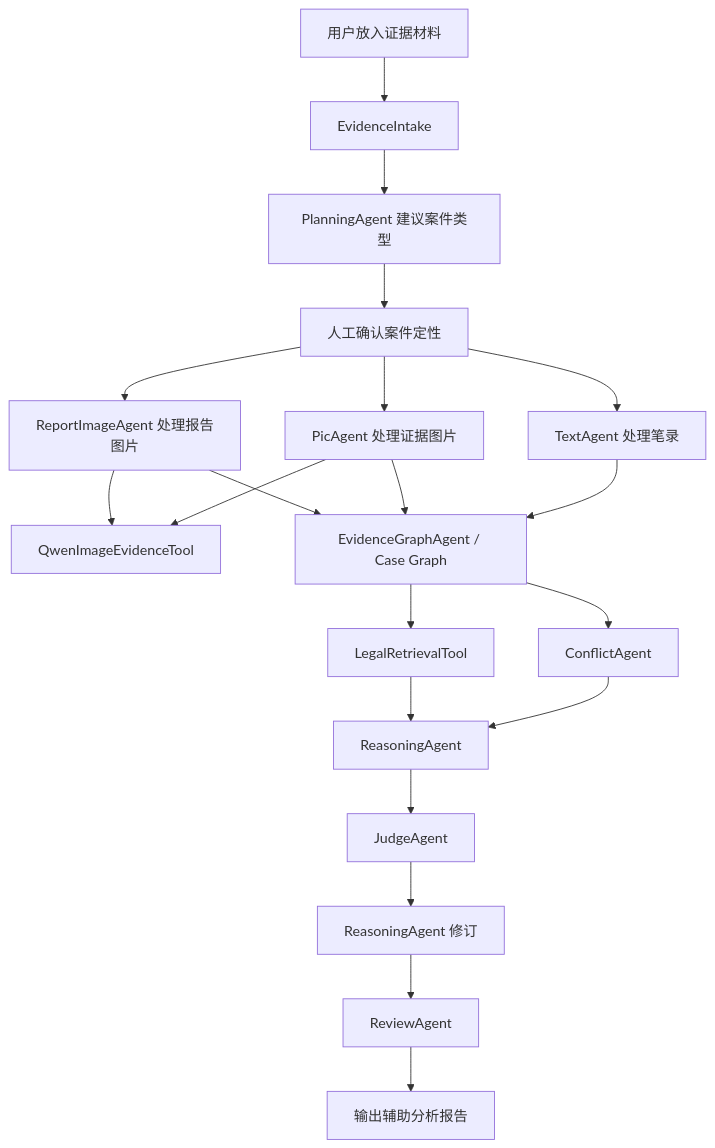
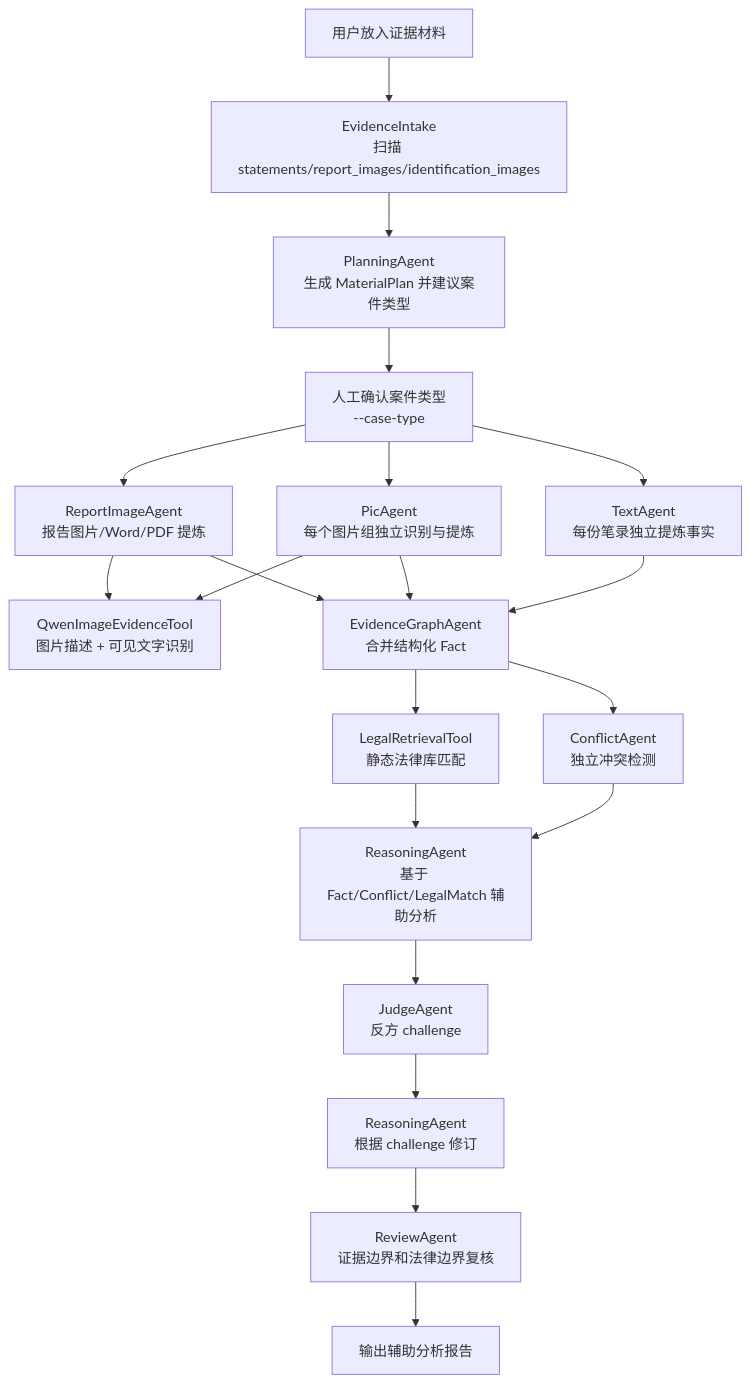
Before and after one commit to jilingxt/agent_demo: the first of 2 diagrams in WORKFLOW.md, drawn with Mermaid. The commit also changed other lines of this file and 19 other files, not shown here.

````diff
--- a/WORKFLOW.md
+++ b/WORKFLOW.md
@@ -19,22 +5,22 @@
 ```mermaid
 flowchart TD
-  A["用户放入证据材料"] --> B["EvidenceIntake"]
-  B --> C["PlanningAgent 建议案件类型"]
-  C --> D["人工确认案件定性"]
-  D --> E["TextAgent 处理笔录"]
-  D --> F["PicAgent 处理证据图片"]
-  D --> G["ReportImageAgent 处理报告图片"]
-  F --> H["QwenImageEvidenceTool"]
+  A["用户放入证据材料"] --> B["EvidenceIntake<br/>扫描 statements/report_images/identification_images"]
+  B --> C["PlanningAgent<br/>生成 MaterialPlan 并建议案件类型"]
+  C --> D["人工确认案件类型<br/>--case-type"]
+  D --> E["TextAgent<br/>每份笔录独立提炼事实"]
+  D --> F["PicAgent<br/>每个图片组独立识别与提炼"]
+  D --> G["ReportImageAgent<br/>报告图片/Word/PDF 提炼"]
+  F --> H["QwenImageEvidenceTool<br/>图片描述 + 可见文字识别"]
   G --> H
-  E --> I["EvidenceGraphAgent / Case Graph"]
+  E --> I["EvidenceGraphAgent<br/>合并结构化 Fact"]
   F --> I
   G --> I
-  I --> J["ConflictAgent"]
-  I --> K["LegalRetrievalTool"]
-  J --> L["ReasoningAgent"]
+  I --> J["ConflictAgent<br/>独立冲突检测"]
+  I --> K["LegalRetrievalTool<br/>静态法律库匹配"]
+  J --> L["ReasoningAgent<br/>基于 Fact/Conflict/LegalMatch 辅助分析"]
   K --> L
-  L --> M["JudgeAgent"]
-  M --> N["ReasoningAgent 修订"]
-  N --> O["ReviewAgent"]
+  L --> M["JudgeAgent<br/>反方 challenge"]
+  M --> N["ReasoningAgent<br/>根据 challenge 修订"]
+  N --> O["ReviewAgent<br/>证据边界和法律边界复核"]
   O --> P["输出辅助分析报告"]
 ```
````
